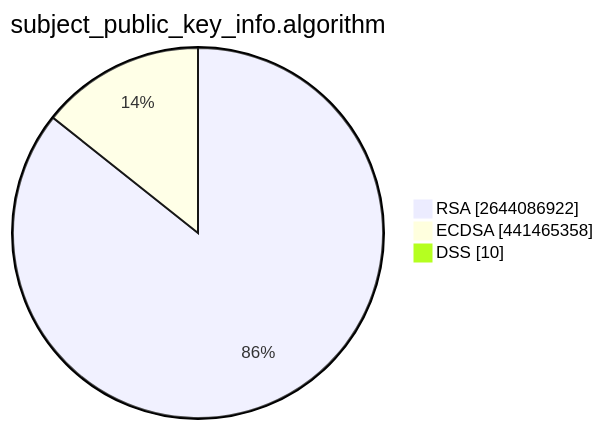
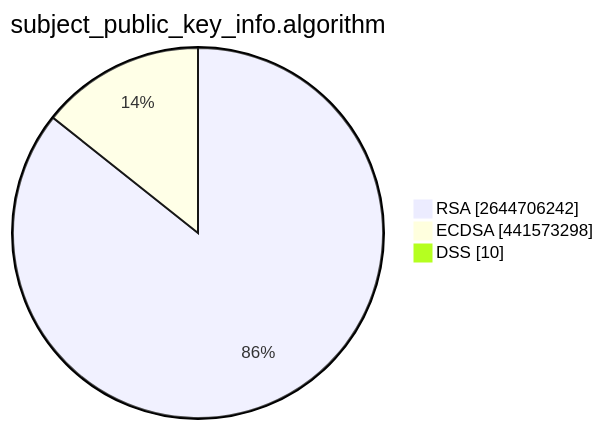
Before and after one commit to christiankrug/ctmonitor_visualization: the second of 15 diagrams in TOTAL/README.md, drawn with Mermaid. The commit also changed other lines of this file, not shown here.

````diff
--- a/TOTAL/README.md
+++ b/TOTAL/README.md
@@ -6,7 +6,7 @@
 ```mermaid
 pie showData
 title subject_public_key_info.algorithm
-"RSA" :2644086922
-"ECDSA" :441465358
+"RSA" :2644706242
+"ECDSA" :441573298
 "DSS" :10
 ```
````
